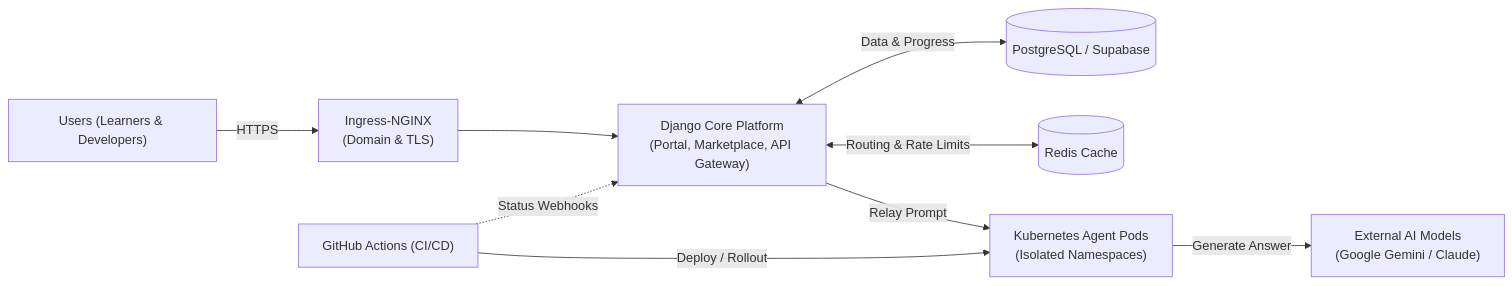
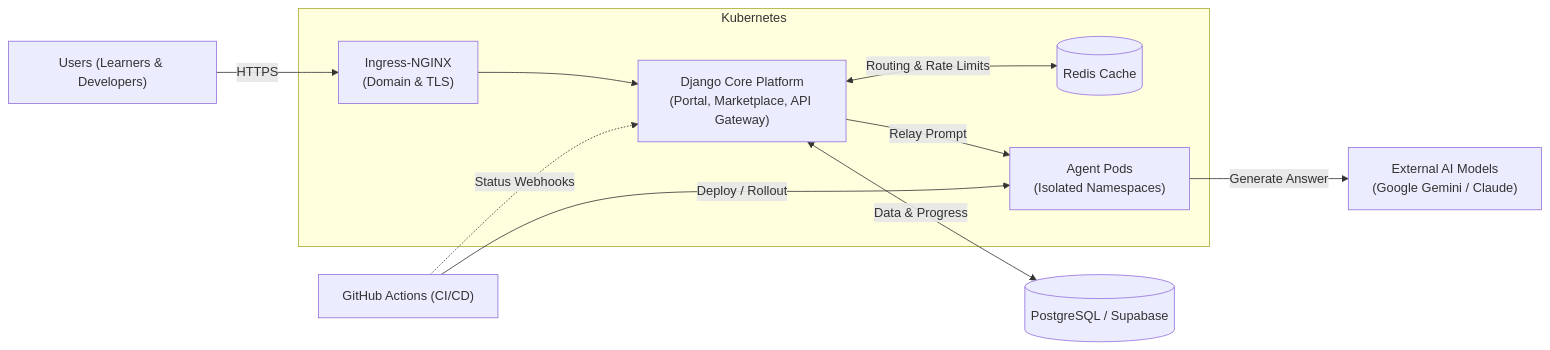
One commit to MohammadAil67/excellstudy changed the diagram in PLATFORM_DOCUMENTATION.md. Above: the diagram before and after it, drawn with Mermaid.

Commit message:
docs: enclose in-cluster components in Kubernetes boundary box

````diff
--- a/PLATFORM_DOCUMENTATION.md
+++ b/PLATFORM_DOCUMENTATION.md
@@ -157,20 +157,29 @@
 ```mermaid
 flowchart LR
-    %% Users
-    Users["Users (Learners & Developers)"] -->|HTTPS| Ingress["Ingress-NGINX<br>(Domain & TLS)"]
+    %% External: Users & CI/CD
+    Users["Users (Learners & Developers)"]
+    CICD["GitHub Actions (CI/CD)"]
 
-    %% Core Platform
-    Ingress --> Django["Django Core Platform<br>(Portal, Marketplace, API Gateway)"]
+    %% Kubernetes Boundary
+    subgraph K8s["Kubernetes"]
+        Ingress["Ingress-NGINX<br>(Domain & TLS)"]
+        Django["Django Core Platform<br>(Portal, Marketplace, API Gateway)"]
+        Redis[("Redis Cache")]
+        Agents["Agent Pods<br>(Isolated Namespaces)"]
 
-    %% Storage & State
-    Django <-->|Data & Progress| DB[("PostgreSQL / Supabase")]
-    Django <-->|Routing & Rate Limits| Redis[("Redis Cache")]
+        Ingress --> Django
+        Django <-->|Routing & Rate Limits| Redis
+        Django -->|Relay Prompt| Agents
+    end
 
-    %% Agent Execution
-    Django -->|Relay Prompt| Agents["Kubernetes Agent Pods<br>(Isolated Namespaces)"]
-    Agents -->|Generate Answer| LLM["External AI Models<br>(Google Gemini / Claude)"]
+    %% External Services
+    DB[("PostgreSQL / Supabase")]
+    LLM["External AI Models<br>(Google Gemini / Claude)"]
 
-    %% CI/CD
-    CICD["GitHub Actions (CI/CD)"] -->|Deploy / Rollout| Agents
+    %% Connections across boundary
+    Users -->|HTTPS| Ingress
+    Django <-->|Data & Progress| DB
+    Agents -->|Generate Answer| LLM
+    CICD -->|Deploy / Rollout| Agents
     CICD -.->|Status Webhooks| Django
 ```
````
